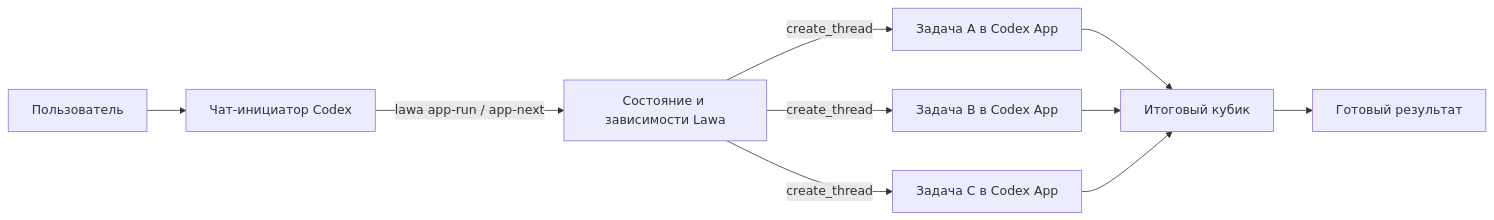
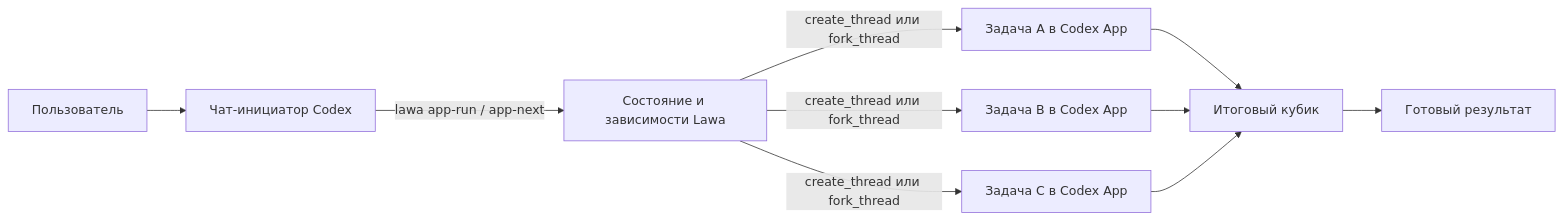
The diagram in README.md (stray-live-pixel/Lawa), drawn with Mermaid before and after one commit. The commit also changed other lines of this file and 20 other files, not shown here.

````diff
--- a/README.md
+++ b/README.md
@@ -301,12 +302,12 @@
 ```mermaid
 flowchart LR
     U[Пользователь] --> I[Чат-инициатор Codex]
     I -->|lawa app-run / app-next| V[Состояние и зависимости Lawa]
-    V -->|create_thread| A[Задача A в Codex App]
-    V -->|create_thread| B[Задача B в Codex App]
-    V -->|create_thread| C[Задача C в Codex App]
+    V -->|create_thread или fork_thread| A[Задача A в Codex App]
+    V -->|create_thread или fork_thread| B[Задача B в Codex App]
+    V -->|create_thread или fork_thread| C[Задача C в Codex App]
     A --> S[Итоговый кубик]
     B --> S
     C --> S
     S --> R[Готовый результат]
 ```
````
